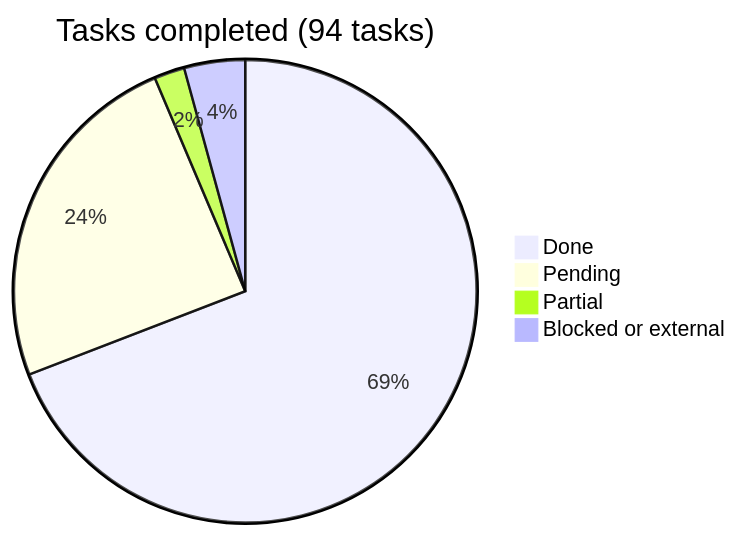
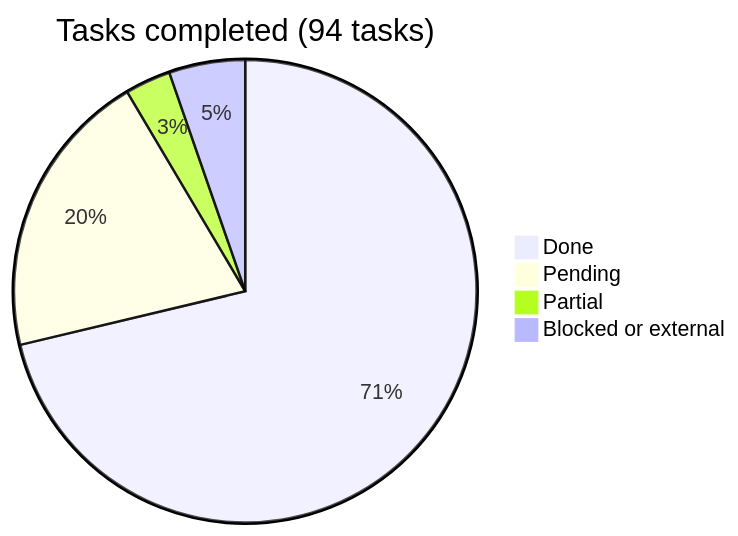
Before and after one commit to araguaney-lat/araguaney-app: the diagram in docs/roadmap/README.md, drawn with Mermaid. The commit also changed other lines of this file and 1 other file, not shown here.

Commit message:
docs(roadmap): mark the push seam done and name the foss packaging question

````diff
--- a/docs/roadmap/README.md
+++ b/docs/roadmap/README.md
@@ -12,7 +12,7 @@
 ```mermaid
 pie title Tasks completed (94 tasks)
-    "Done" : 65
-    "Pending" : 23
-    "Partial" : 2
-    "Blocked or external" : 4
+    "Done" : 67
+    "Pending" : 19
+    "Partial" : 3
+    "Blocked or external" : 5
 ```
````
